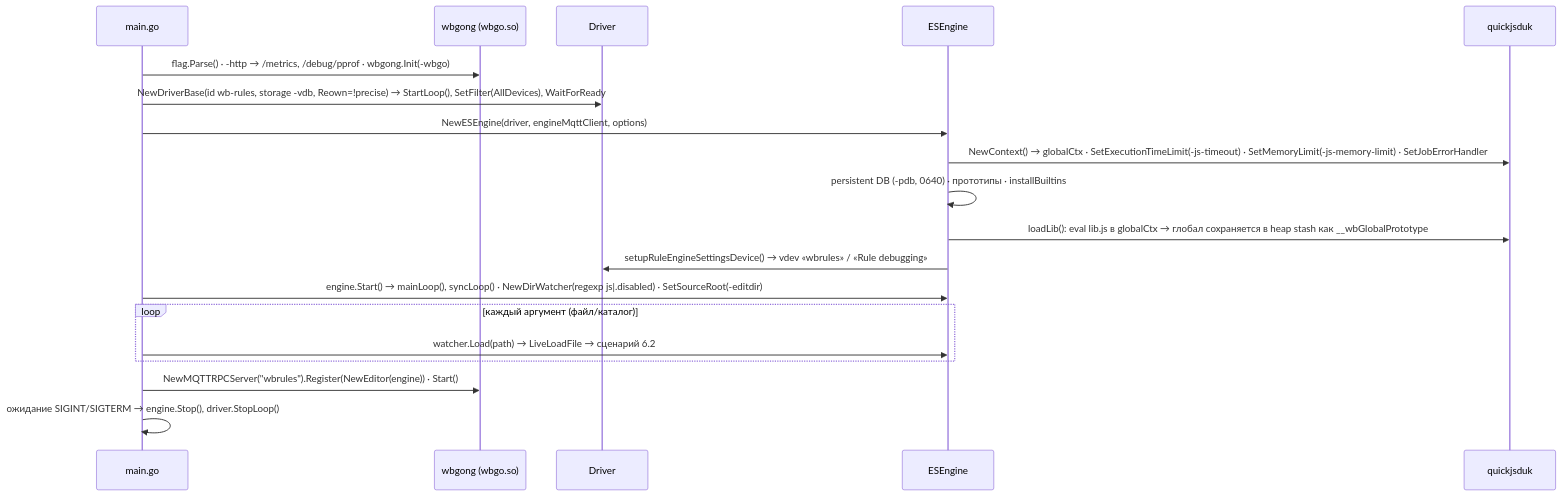
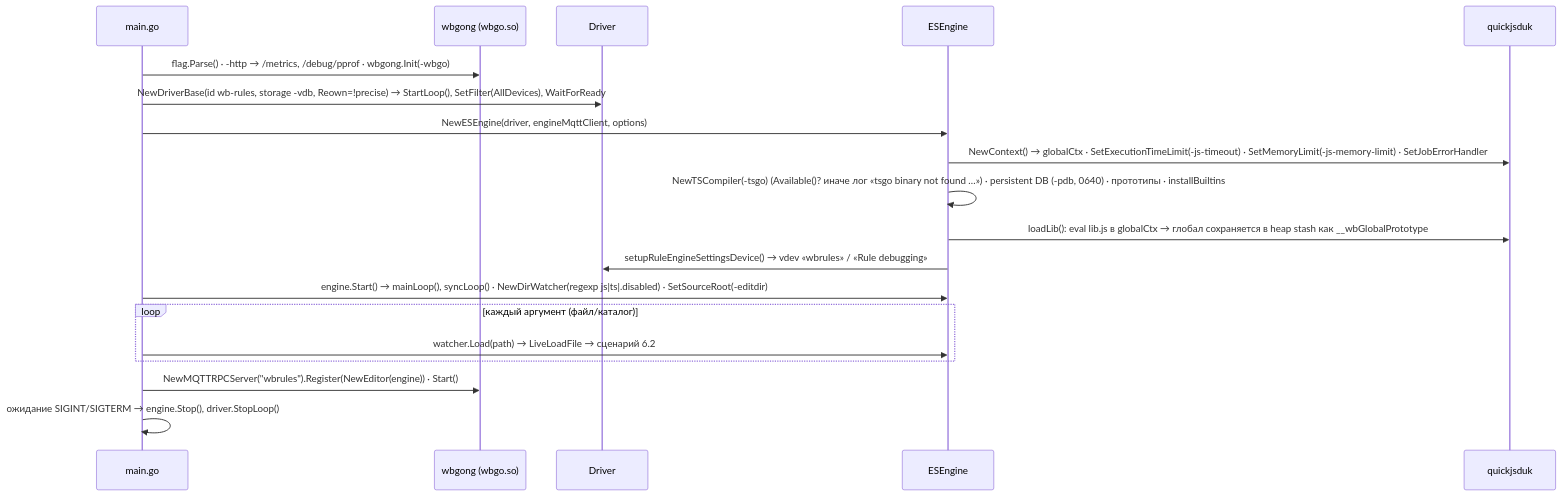
One commit to wirenboard/wb-rules changed the first of 7 diagrams in docs/arc42/06-runtime-view.md. Above: the diagram before and after it, drawn with Mermaid. The commit also changed other lines of this file and 24 other files, not shown here.

````diff
--- a/docs/arc42/06-runtime-view.md
+++ b/docs/arc42/06-runtime-view.md
@@ -7,21 +7,21 @@
 ```mermaid
 sequenceDiagram
     participant M as main.go
     participant W as wbgong (wbgo.so)
     participant D as Driver
     participant E as ESEngine
     participant Q as quickjsduk
     M->>W: flag.Parse() · -http → /metrics, /debug/pprof · wbgong.Init(-wbgo)
     M->>D: NewDriverBase(id wb-rules, storage -vdb, Reown=!precise) → StartLoop(), SetFilter(AllDevices), WaitForReady
     M->>E: NewESEngine(driver, engineMqttClient, options)
     E->>Q: NewContext() → globalCtx · SetExecutionTimeLimit(-js-timeout) · SetMemoryLimit(-js-memory-limit) · SetJobErrorHandler
-    E->>E: persistent DB (-pdb, 0640) · прототипы · installBuiltins
+    E->>E: NewTSCompiler(-tsgo) (Available()? иначе лог «tsgo binary not found …») · persistent DB (-pdb, 0640) · прототипы · installBuiltins
     E->>Q: loadLib(): eval lib.js в globalCtx → глобал сохраняется в heap stash как __wbGlobalPrototype
     E->>D: setupRuleEngineSettingsDevice() → vdev «wbrules» / «Rule debugging»
-    M->>E: engine.Start() → mainLoop(), syncLoop() · NewDirWatcher(regexp js|.disabled) · SetSourceRoot(-editdir)
+    M->>E: engine.Start() → mainLoop(), syncLoop() · NewDirWatcher(regexp js|ts|.disabled) · SetSourceRoot(-editdir)
     loop каждый аргумент (файл/каталог)
         M->>E: watcher.Load(path) → LiveLoadFile → сценарий 6.2
     end
     M->>W: NewMQTTRPCServer("wbrules").Register(NewEditor(engine)) · Start()
     M->>M: ожидание SIGINT/SIGTERM → engine.Stop(), driver.StopLoop()
 ```
````
